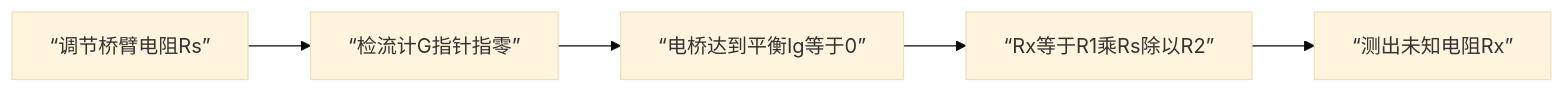
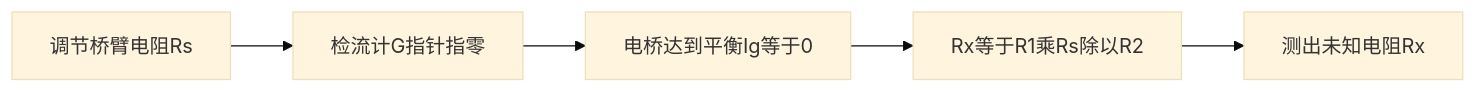
The diagram in docs/07-直流电桥.md (LiuandXu/physics-experiment-wiki), drawn with Mermaid (base theme) before and after one commit. The commit also changed other lines of this file and 8 other files, not shown here.

````diff
--- a/docs/07-直流电桥.md
+++ b/docs/07-直流电桥.md
@@ -192,7 +192,7 @@
 ```mermaid
 flowchart LR
-    A[“调节桥臂电阻Rs”] --> B[“检流计G指针指零”]
-    B --> C[“电桥达到平衡Ig等于0”]
-    C --> D[“Rx等于R1乘Rs除以R2”]
-    D --> E[“测出未知电阻Rx”]
+    A["调节桥臂电阻Rs"] --> B["检流计G指针指零"]
+    B --> C["电桥达到平衡Ig等于0"]
+    C --> D["Rx等于R1乘Rs除以R2"]
+    D --> E["测出未知电阻Rx"]
 ```
````
